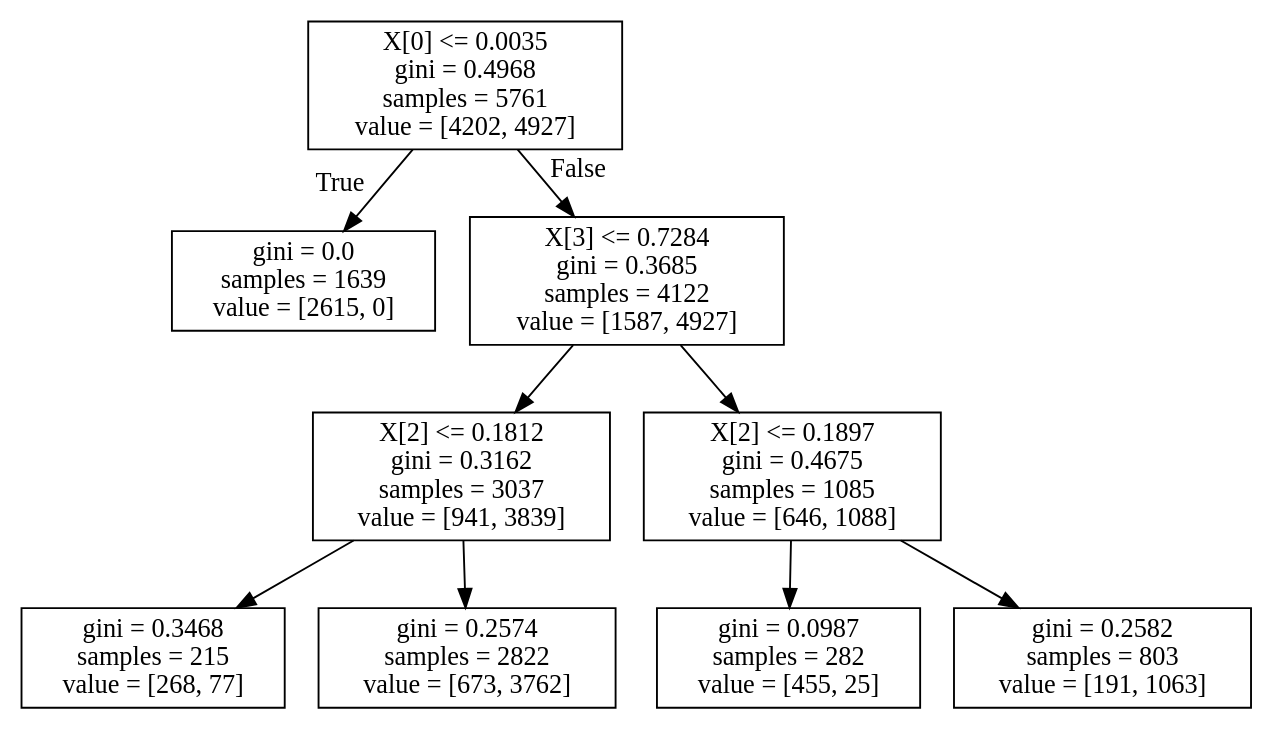
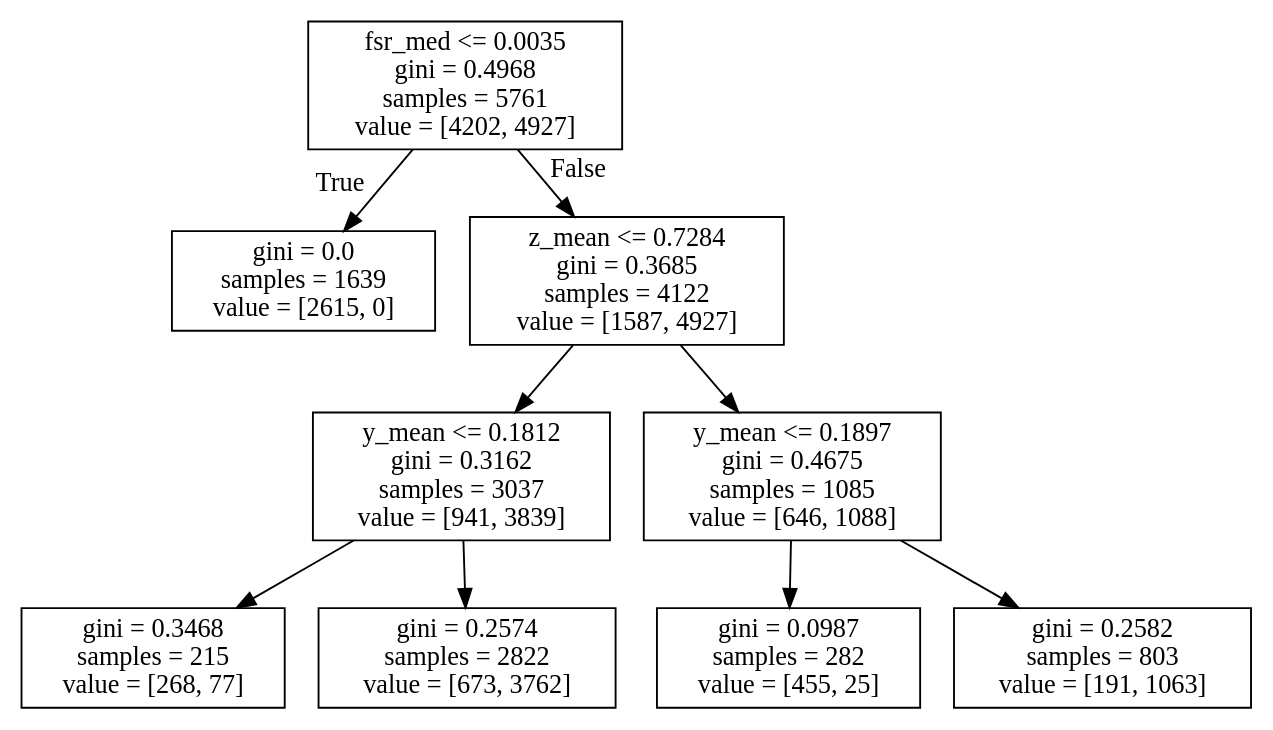
The diagram in dip/random_forest_renders/tree_9.dot (dannygosain1/goyo), drawn with Graphviz before and after one commit. The commit also changed 9 other files, not shown here.

```diff
--- a/dip/random_forest_renders/tree_9.dot
+++ b/dip/random_forest_renders/tree_9.dot
@@ -1,20 +1,20 @@
 digraph Tree {
 node [shape=box] ;
-0 [label="X[0] <= 0.0035\ngini = 0.4968\nsamples = 5761\nvalue = [4202, 4927]"] ;
+0 [label="fsr_med <= 0.0035\ngini = 0.4968\nsamples = 5761\nvalue = [4202, 4927]"] ;
 1 [label="gini = 0.0\nsamples = 1639\nvalue = [2615, 0]"] ;
 0 -> 1 [labeldistance=2.5, labelangle=45, headlabel="True"] ;
-2 [label="X[3] <= 0.7284\ngini = 0.3685\nsamples = 4122\nvalue = [1587, 4927]"] ;
+2 [label="z_mean <= 0.7284\ngini = 0.3685\nsamples = 4122\nvalue = [1587, 4927]"] ;
 0 -> 2 [labeldistance=2.5, labelangle=-45, headlabel="False"] ;
-3 [label="X[2] <= 0.1812\ngini = 0.3162\nsamples = 3037\nvalue = [941, 3839]"] ;
+3 [label="y_mean <= 0.1812\ngini = 0.3162\nsamples = 3037\nvalue = [941, 3839]"] ;
 2 -> 3 ;
 4 [label="gini = 0.3468\nsamples = 215\nvalue = [268, 77]"] ;
 3 -> 4 ;
 5 [label="gini = 0.2574\nsamples = 2822\nvalue = [673, 3762]"] ;
 3 -> 5 ;
-6 [label="X[2] <= 0.1897\ngini = 0.4675\nsamples = 1085\nvalue = [646, 1088]"] ;
+6 [label="y_mean <= 0.1897\ngini = 0.4675\nsamples = 1085\nvalue = [646, 1088]"] ;
 2 -> 6 ;
 7 [label="gini = 0.0987\nsamples = 282\nvalue = [455, 25]"] ;
 6 -> 7 ;
 8 [label="gini = 0.2582\nsamples = 803\nvalue = [191, 1063]"] ;
 6 -> 8 ;
 }
```
